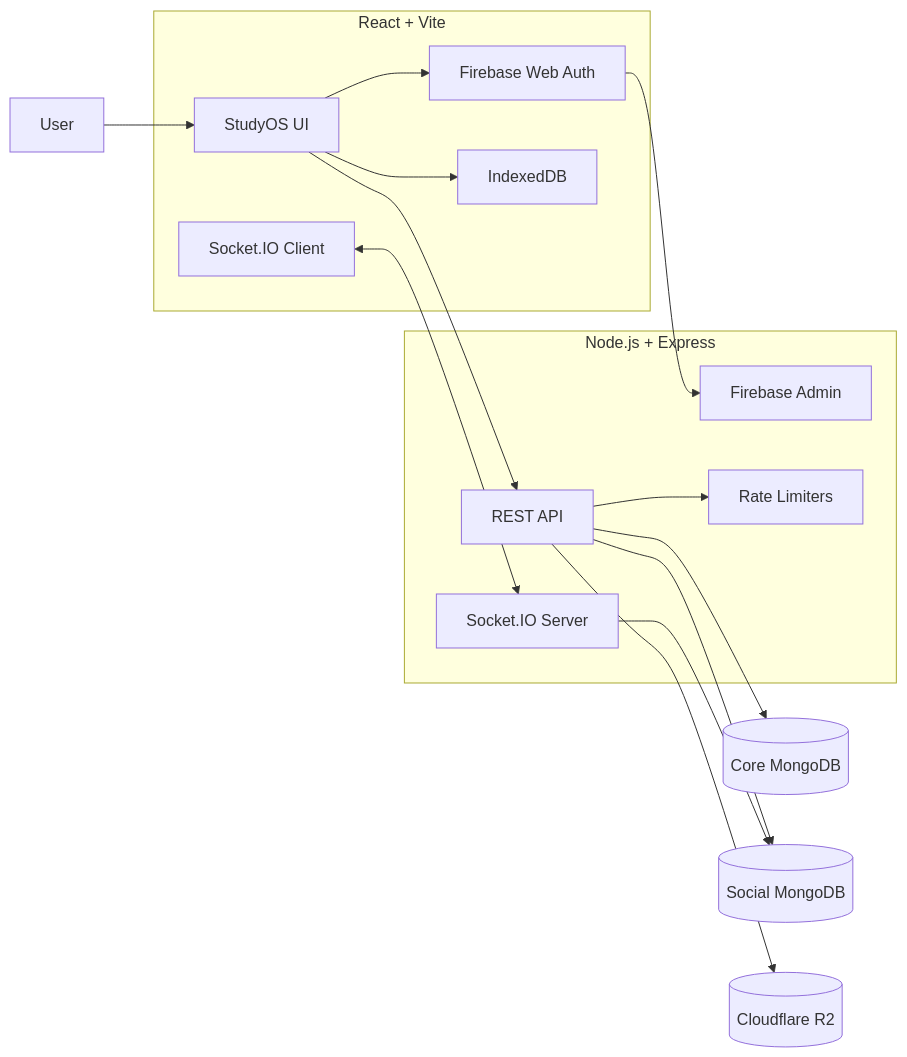
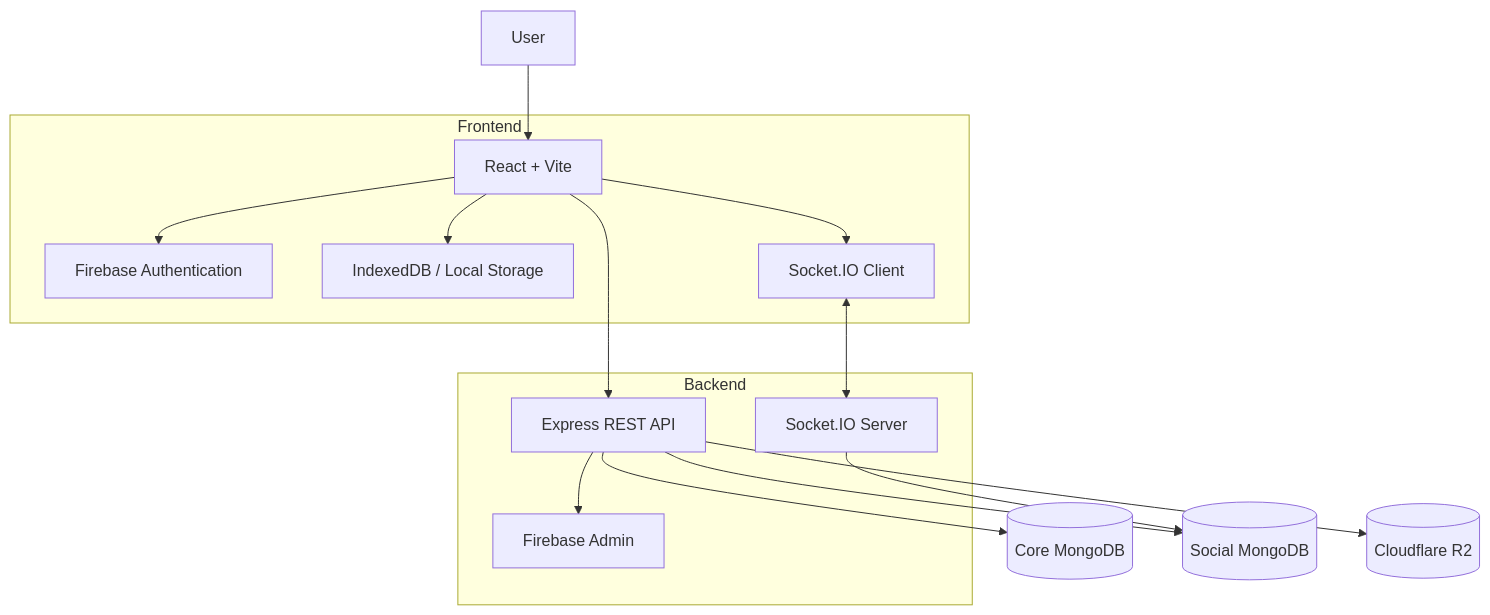
One commit to Vaibh37/Studyos changed the diagram in README.md. Above: the diagram before and after it, drawn with Mermaid. The commit also changed other lines of this file and 24 other files, not shown here.

````diff
--- a/README.md
+++ b/README.md
@@ -289,38 +440,35 @@
 ```mermaid
-flowchart LR
+flowchart TD
+    USER[User]
 
-    U[User]
-
-    subgraph C["React + Vite"]
-        UI[StudyOS UI]
-        AUTH[Firebase Web Auth]
-        LOCAL[IndexedDB]
-        SOCKET[Socket.IO Client]
+    subgraph Frontend
+        UI[React + Vite]
+        AUTH[Firebase Authentication]
+        LOCAL[IndexedDB / Local Storage]
+        SOCKETCLIENT[Socket.IO Client]
     end
 
-    subgraph B["Node.js + Express"]
-        API[REST API]
+    subgraph Backend
+        API[Express REST API]
         VERIFY[Firebase Admin]
-        RT[Socket.IO Server]
-        LIMIT[Rate Limiters]
+        SOCKETSERVER[Socket.IO Server]
     end
 
     CORE[(Core MongoDB)]
     SOCIAL[(Social MongoDB)]
     R2[(Cloudflare R2)]
 
-    U --> UI
-
+    USER --> UI
     UI --> AUTH
     UI --> LOCAL
     UI --> API
-    SOCKET <--> RT
+    UI --> SOCKETCLIENT
 
-    AUTH --> VERIFY
-    API --> LIMIT
-
+    API --> VERIFY
     API --> CORE
     API --> SOCIAL
-    RT --> SOCIAL
     API --> R2
+
+    SOCKETCLIENT <--> SOCKETSERVER
+    SOCKETSERVER --> SOCIAL
 ```
````
